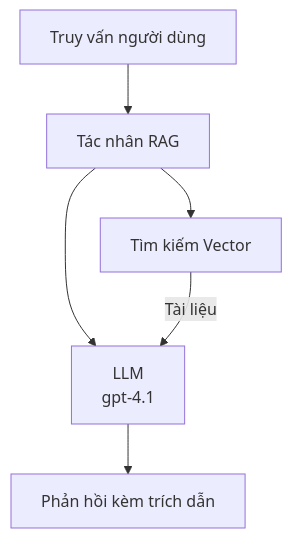
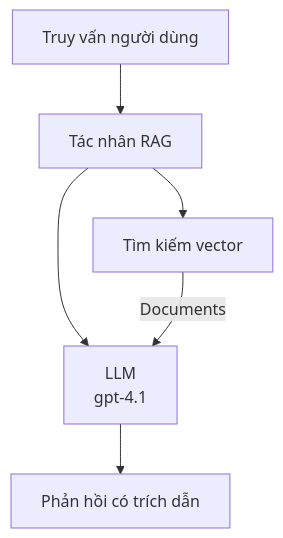
One commit to microsoft/AZD-for-beginners changed the second of 3 diagrams in translations/vi/docs/chapter-02-ai-development/agents.md. Above: the diagram before and after it, drawn with Mermaid. The commit also changed other lines of this file and 61 other files, not shown here.

````diff
--- a/translations/vi/docs/chapter-02-ai-development/agents.md
+++ b/translations/vi/docs/chapter-02-ai-development/agents.md
@@ -181,8 +181,8 @@
 ```mermaid
 graph TD
     Query[Truy vấn người dùng] --> RAG[Tác nhân RAG]
-    RAG --> Vector[Tìm kiếm Vector]
+    RAG --> Vector[Tìm kiếm vector]
     RAG --> LLM[LLM<br/>gpt-4.1]
-    Vector -- Tài liệu --> LLM
-    LLM --> Response[Phản hồi kèm trích dẫn]
+    Vector -- Documents --> LLM
+    LLM --> Response[Phản hồi có trích dẫn]
 ```
````
